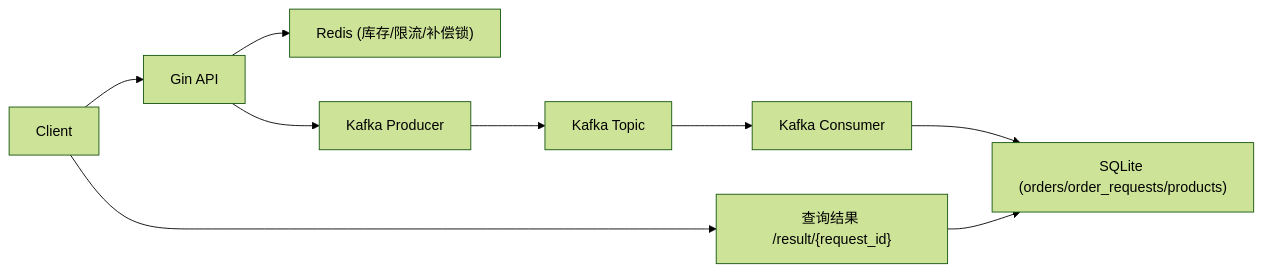
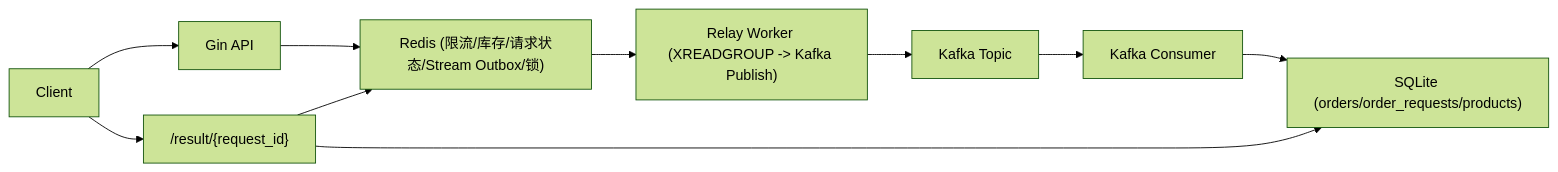
One commit to return2faye/flash_sale changed the diagram in README.md. Above: the diagram before and after it, drawn with Mermaid (forest theme). The commit also changed other lines of this file, not shown here.

````diff
--- a/README.md
+++ b/README.md
@@ -18,11 +19,12 @@
 ```mermaid
 flowchart LR
     C["Client"] --> A["Gin API"]
-    A --> B["Redis (库存/限流/补偿锁)"]
-    A --> D["Kafka Producer"]
-    D --> E["Kafka Topic"]
-    E --> F["Kafka Consumer"]
-    F --> G["SQLite (orders/order_requests/products)"]
-    C --> H["查询结果 /result/{request_id}"]
-    H --> G
+    A --> R["Redis (限流/库存/请求状态/Stream Outbox/锁)"]
+    R --> L["Relay Worker (XREADGROUP -> Kafka Publish)"]
+    L --> K["Kafka Topic"]
+    K --> F["Kafka Consumer"]
+    F --> D["SQLite (orders/order_requests/products)"]
+    C --> Q["/result/{request_id}"]
+    Q --> R
+    Q --> D
 ```
````
